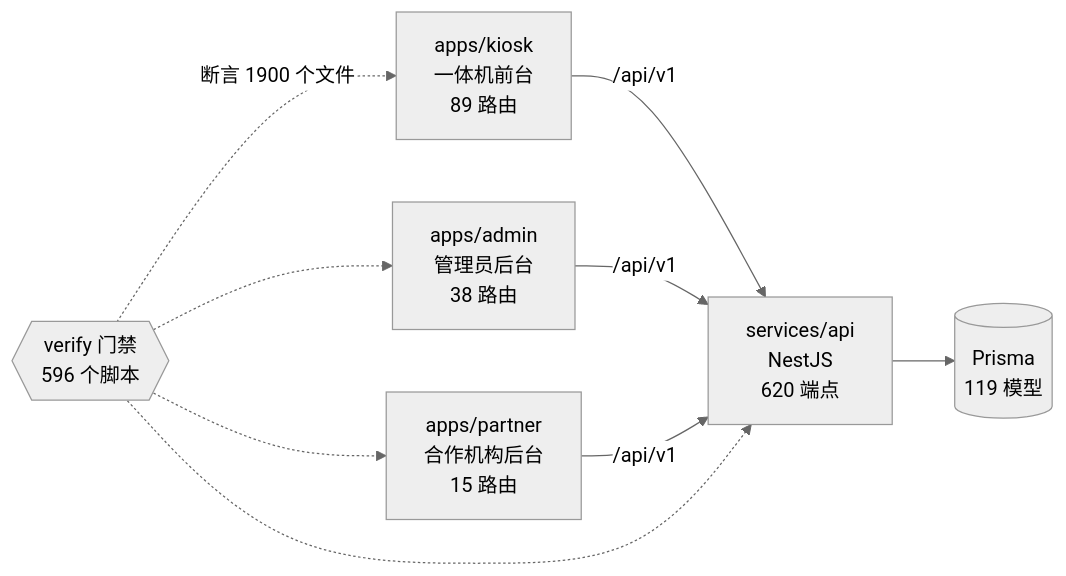
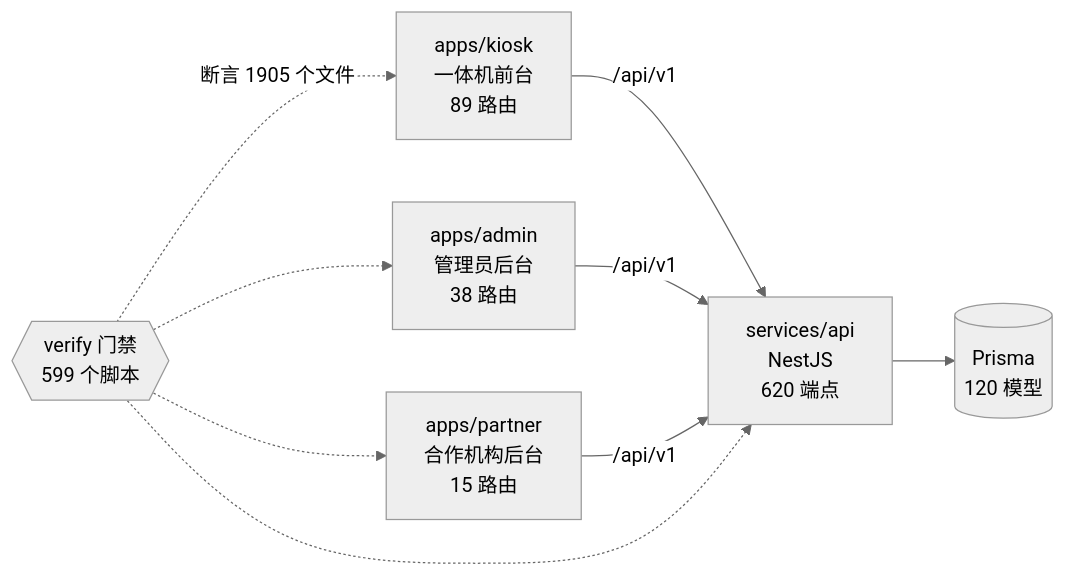
One commit to wanglei581/YITIJI changed the diagram in docs/graph/README.md. Above: the diagram before and after it, drawn with Mermaid (neutral theme). The commit also changed other lines of this file and 3 other files, not shown here.

Commit message:
图谱重出：并入 main 后的模型与门禁，新增 verify-brand-logo-image / verify-license-writes / verify-license-runtime 及共用装配（generate-project-graph --check 通过）

````diff
--- a/docs/graph/README.md
+++ b/docs/graph/README.md
@@ -68,18 +68,18 @@
 ```mermaid
 flowchart LR
   kiosk["apps/kiosk<br/>一体机前台<br/>89 路由"]
   admin["apps/admin<br/>管理员后台<br/>38 路由"]
   partner["apps/partner<br/>合作机构后台<br/>15 路由"]
   api["services/api<br/>NestJS<br/>620 端点"]
-  db[("Prisma<br/>119 模型")]
-  gates{{"verify 门禁<br/>596 个脚本"}}
+  db[("Prisma<br/>120 模型")]
+  gates{{"verify 门禁<br/>599 个脚本"}}
 
   kiosk -->|"/api/v1"| api
   admin -->|"/api/v1"| api
   partner -->|"/api/v1"| api
   api --> db
-  gates -.->|"断言 1900 个文件"| kiosk
+  gates -.->|"断言 1905 个文件"| kiosk
   gates -.-> admin
   gates -.-> partner
   gates -.-> api
 ```
````
